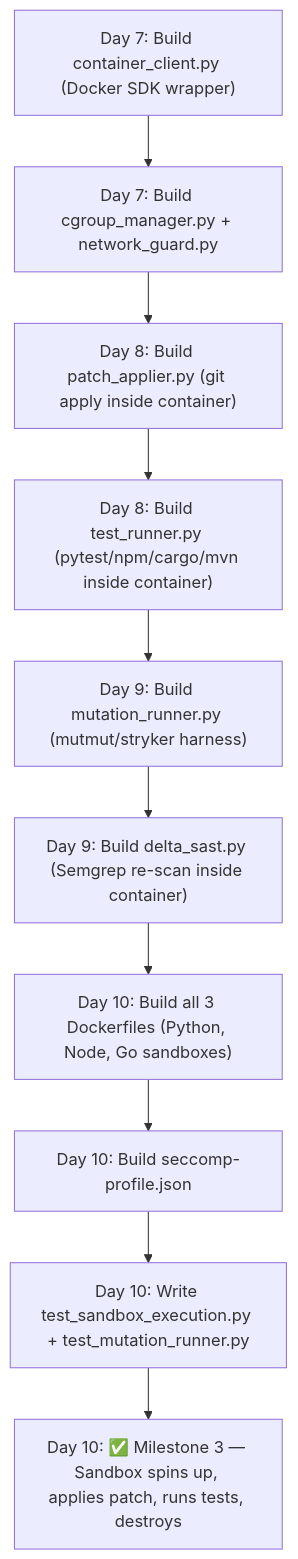
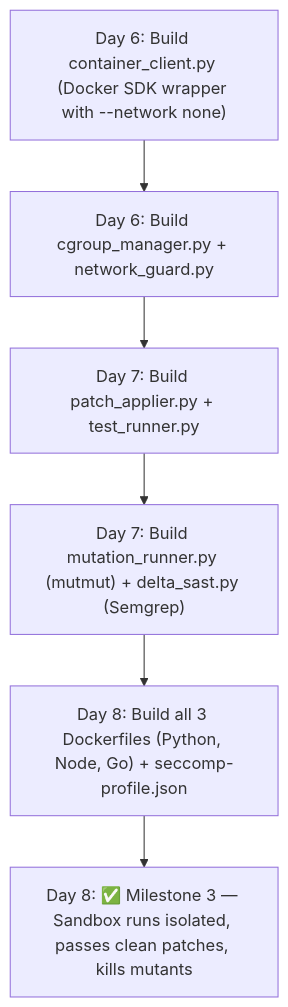
Before and after one commit to abhisheksharma56692-stack/PatchForge-AI: the third of 7 diagrams in MEMBER_2_TASKS.md, drawn with Mermaid. The commit also changed other lines of this file and 4 other files, not shown here.

````diff
--- a/MEMBER_2_TASKS.md
+++ b/MEMBER_2_TASKS.md
@@ -413,12 +253,8 @@
 ```mermaid
 flowchart TD
-    A["Day 7: Build container_client.py (Docker SDK wrapper)"] --> B["Day 7: Build cgroup_manager.py + network_guard.py"]
-    B --> C["Day 8: Build patch_applier.py (git apply inside container)"]
-    C --> D["Day 8: Build test_runner.py (pytest/npm/cargo/mvn inside container)"]
-    D --> E["Day 9: Build mutation_runner.py (mutmut/stryker harness)"]
-    E --> F["Day 9: Build delta_sast.py (Semgrep re-scan inside container)"]
-    F --> G["Day 10: Build all 3 Dockerfiles (Python, Node, Go sandboxes)"]
-    G --> H["Day 10: Build seccomp-profile.json"]
-    H --> I["Day 10: Write test_sandbox_execution.py + test_mutation_runner.py"]
-    I --> J["Day 10: ✅ Milestone 3 — Sandbox spins up, applies patch, runs tests, destroys"]
+    A["Day 6: Build container_client.py (Docker SDK wrapper with --network none)"] --> B["Day 6: Build cgroup_manager.py + network_guard.py"]
+    B --> C["Day 7: Build patch_applier.py + test_runner.py"]
+    C --> D["Day 7: Build mutation_runner.py (mutmut) + delta_sast.py (Semgrep)"]
+    D --> E["Day 8: Build all 3 Dockerfiles (Python, Node, Go) + seccomp-profile.json"]
+    E --> F["Day 8: ✅ Milestone 3 — Sandbox runs isolated, passes clean patches, kills mutants"]
 ```
````
